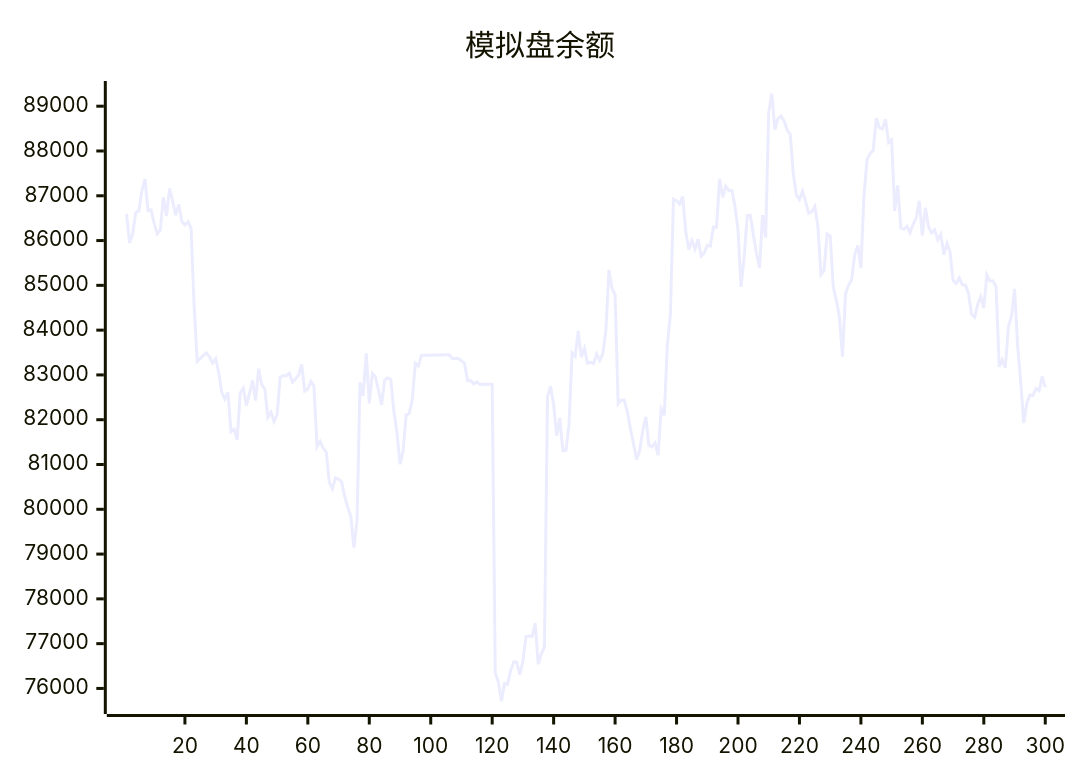
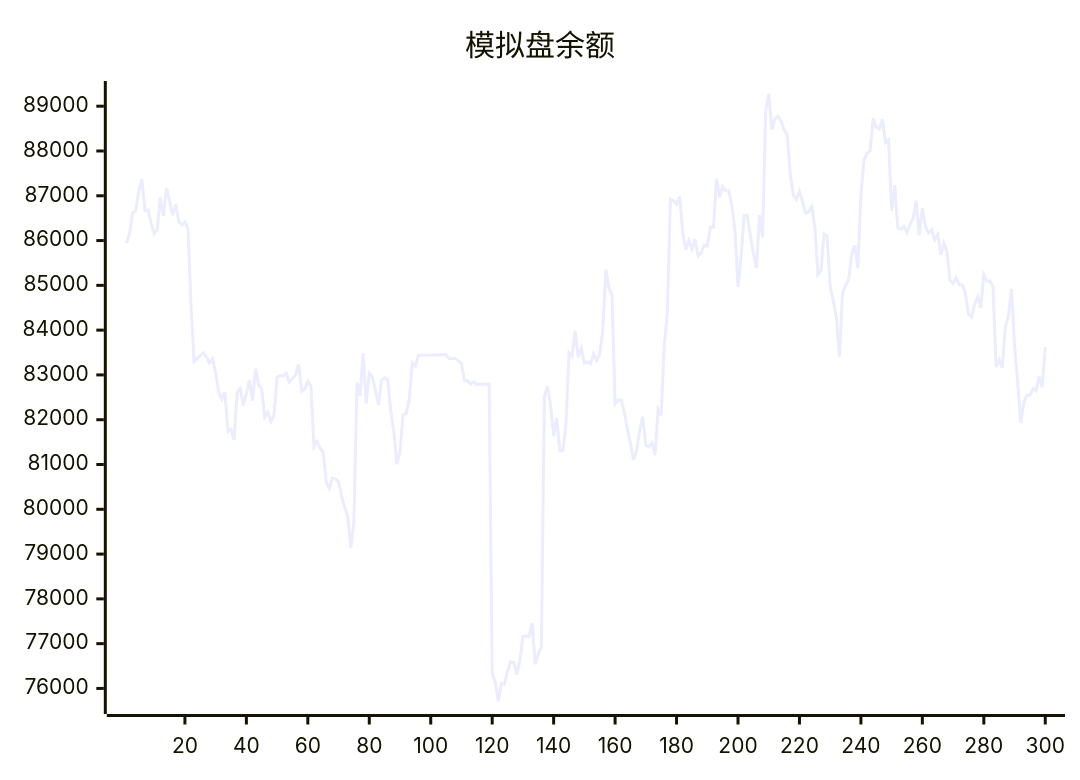
Before and after one commit to aahl/ai-trading: the diagram in README.md, drawn with Mermaid. The commit also changed other lines of this file and 1 other file, not shown here.

````diff
--- a/README.md
+++ b/README.md
@@ -5,5 +5,5 @@
 ```mermaid
 xychart
     title "模拟盘余额"
-    line [86599,85942,86161,86622,86664,87115,87369,86666,86685,86384,86152,86243,86969,86548,87164,86885,86566,86809,86427,86348,86417,86273,84538,83299,83369,83430,83490,83404,83270,83362,83056,82605,82459,82614,81734,81788,81551,82598,82702,82320,82580,82878,82426,83139,82778,82686,82056,82166,81963,82110,82951,82983,82984,83038,82838,82915,82998,83235,82642,82682,82858,82746,81396,81512,81362,81277,80600,80461,80699,80673,80616,80288,80038,79836,79142,79722,82837,82533,83480,82366,83032,82960,82654,82330,82883,82934,82901,82188,81728,81005,81298,82110,82135,82449,83264,83203,83440,83439,83440,83440,83446,83447,83448,83447,83448,83449,83369,83369,83369,83313,83256,82872,82873,82801,82844,82785,82791,82791,82793,82794,76339,76145,75714,76110,76096,76397,76594,76585,76310,76607,77160,77170,77160,77456,76541,76774,76927,82520,82744,82337,81639,82040,81307,81314,81887,83490,83414,83984,83396,83594,83261,83287,83253,83470,83327,83465,83987,85348,84930,84786,82355,82433,82438,82167,81795,81466,81105,81315,81756,82064,81426,81398,81481,81210,82242,82099,83658,84359,86925,86892,86814,86980,86203,85802,86003,85811,86028,85657,85721,85896,85880,86300,86299,87378,86965,87214,87115,87118,86780,86238,84966,85623,86555,86562,86129,85722,85387,86569,86070,88870,89278,88477,88720,88781,88668,88467,88372,87493,87018,86917,87102,86870,86613,86644,86758,86317,85242,85334,86149,86106,84968,84671,84302,83410,84816,85001,85127,85693,85891,85384,87001,87811,87945,88007,88734,88528,88495,88705,88189,88248,86662,87234,86279,86251,86314,86177,86364,86503,86886,86114,86731,86310,86176,86240,86017,86136,85685,85938,85749,85111,85044,85164,85016,85008,84824,84354,84287,84572,84745,84500,85234,85096,85095,84970,83180,83338,83157,84070,84309,84922,83667,82850,81924,82369,82552,82539,82695,82648,82962,82728]
+    line [85942,86161,86622,86664,87115,87369,86666,86685,86384,86152,86243,86969,86548,87164,86885,86566,86809,86427,86348,86417,86273,84538,83299,83369,83430,83490,83404,83270,83362,83056,82605,82459,82614,81734,81788,81551,82598,82702,82320,82580,82878,82426,83139,82778,82686,82056,82166,81963,82110,82951,82983,82984,83038,82838,82915,82998,83235,82642,82682,82858,82746,81396,81512,81362,81277,80600,80461,80699,80673,80616,80288,80038,79836,79142,79722,82837,82533,83480,82366,83032,82960,82654,82330,82883,82934,82901,82188,81728,81005,81298,82110,82135,82449,83264,83203,83440,83439,83440,83440,83446,83447,83448,83447,83448,83449,83369,83369,83369,83313,83256,82872,82873,82801,82844,82785,82791,82791,82793,82794,76339,76145,75714,76110,76096,76397,76594,76585,76310,76607,77160,77170,77160,77456,76541,76774,76927,82520,82744,82337,81639,82040,81307,81314,81887,83490,83414,83984,83396,83594,83261,83287,83253,83470,83327,83465,83987,85348,84930,84786,82355,82433,82438,82167,81795,81466,81105,81315,81756,82064,81426,81398,81481,81210,82242,82099,83658,84359,86925,86892,86814,86980,86203,85802,86003,85811,86028,85657,85721,85896,85880,86300,86299,87378,86965,87214,87115,87118,86780,86238,84966,85623,86555,86562,86129,85722,85387,86569,86070,88870,89278,88477,88720,88781,88668,88467,88372,87493,87018,86917,87102,86870,86613,86644,86758,86317,85242,85334,86149,86106,84968,84671,84302,83410,84816,85001,85127,85693,85891,85384,87001,87811,87945,88007,88734,88528,88495,88705,88189,88248,86662,87234,86279,86251,86314,86177,86364,86503,86886,86114,86731,86310,86176,86240,86017,86136,85685,85938,85749,85111,85044,85164,85016,85008,84824,84354,84287,84572,84745,84500,85234,85096,85095,84970,83180,83338,83157,84070,84309,84922,83667,82850,81924,82369,82552,82539,82695,82648,82962,82728,83619]
 ```
````
